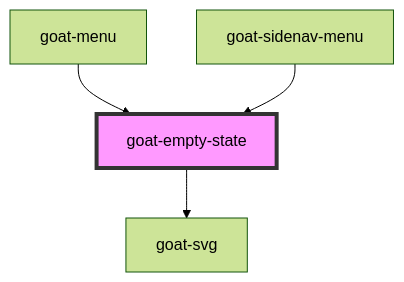
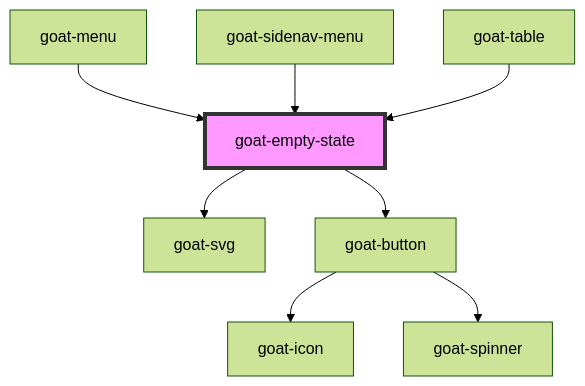
Before and after one commit to goatui/components: the diagram in src/components/content/empty-state/readme.md, drawn with Mermaid (forest theme). The commit also changed other lines of this file and 163 other files, not shown here.

````diff
--- a/src/components/content/empty-state/readme.md
+++ b/src/components/content/empty-state/readme.md
@@ -28,7 +35,11 @@
 ```mermaid
 graph TD;
   goat-empty-state --> goat-svg
+  goat-empty-state --> goat-button
+  goat-button --> goat-icon
+  goat-button --> goat-spinner
   goat-menu --> goat-empty-state
   goat-sidenav-menu --> goat-empty-state
+  goat-table --> goat-empty-state
   style goat-empty-state fill:#f9f,stroke:#333,stroke-width:4px
 ```
````
